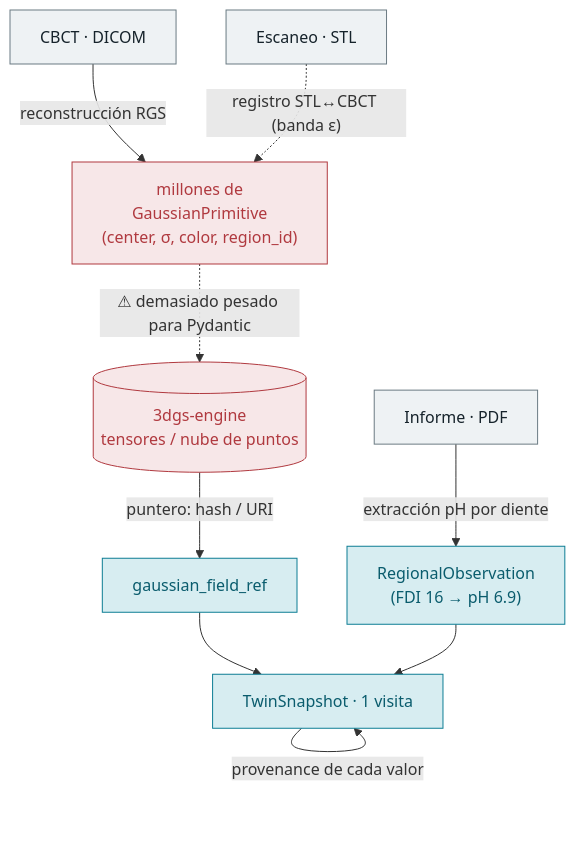
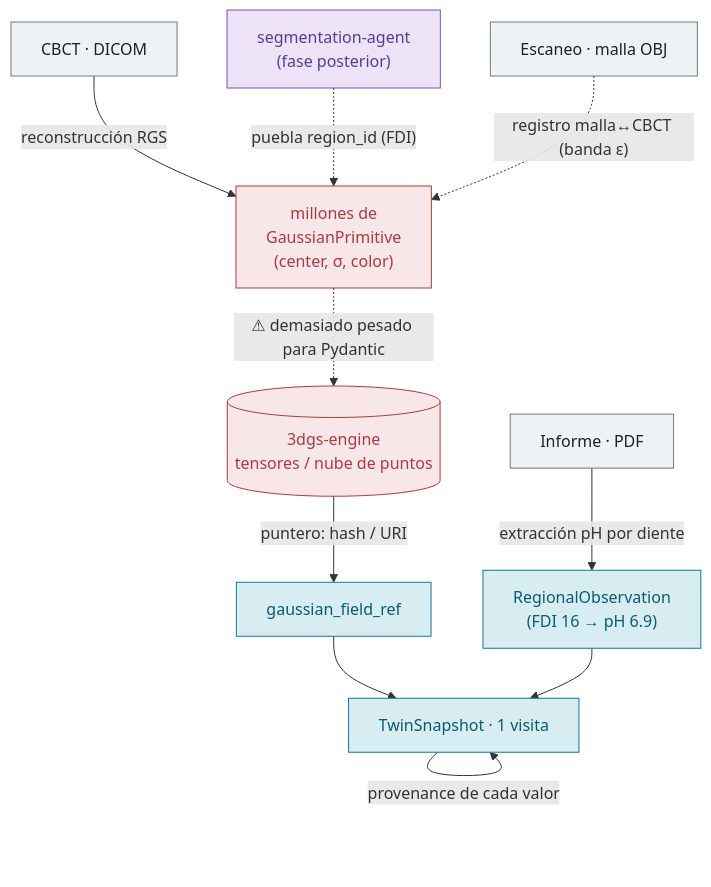
The first of 3 diagrams in docs/architecture/001-digital-twin-core-schemas.md (ANFAIA/Agentic-Smart-Health), drawn with Mermaid before and after one commit. The commit also changed other lines of this file, not shown here.

Commit message:
docs(adr): ADR 001 - prune dubious open decisions, demote ADR 003 to draft, STL->malla

````diff
--- a/docs/architecture/001-digital-twin-core-schemas.md
+++ b/docs/architecture/001-digital-twin-core-schemas.md
@@ -64,20 +64,24 @@
 ```mermaid
 flowchart TB
-  DCM["CBCT · DICOM"] -->|"reconstrucción RGS"| GP["millones de<br/>GaussianPrimitive<br/>(center, σ, color, region_id)"]
+  DCM["CBCT · DICOM"] -->|"reconstrucción RGS"| GP["millones de<br/>GaussianPrimitive<br/>(center, σ, color)"]
   GP -.->|"⚠ demasiado pesado para Pydantic"| ENG[("3dgs-engine<br/>tensores / nube de puntos")]
   ENG -->|"puntero: hash / URI"| REF["gaussian_field_ref"]
 
   PDF["Informe · PDF"] -->|"extracción pH por diente"| RO["RegionalObservation<br/>(FDI 16 → pH 6.9)"]
 
+  SEG["segmentation-agent<br/>(fase posterior)"] -.->|"puebla region_id (FDI)"| GP
+
   REF --> SNAP["TwinSnapshot · 1 visita"]
   RO --> SNAP
-  STL["Escaneo · STL"] -.->|"registro STL↔CBCT (banda ε)"| GP
+  MESH["Escaneo · malla OBJ"] -.->|"registro malla↔CBCT (banda ε)"| GP
   SNAP -->|"provenance de cada valor"| SNAP
 
   classDef file fill:#eef2f4,stroke:#6b7b83,color:#16232b;
   classDef heavy fill:#f7e7e8,stroke:#b0393f,color:#b0393f;
   classDef store fill:#d7edf1,stroke:#0d7d94,color:#0a5c6d;
-  class DCM,PDF,STL file;
+  classDef proc fill:#ece3f7,stroke:#7b4fc0,color:#5b3a94;
+  class DCM,PDF,MESH file;
   class GP,ENG heavy;
   class SNAP,RO,REF store;
+  class SEG proc;
 ```
````
